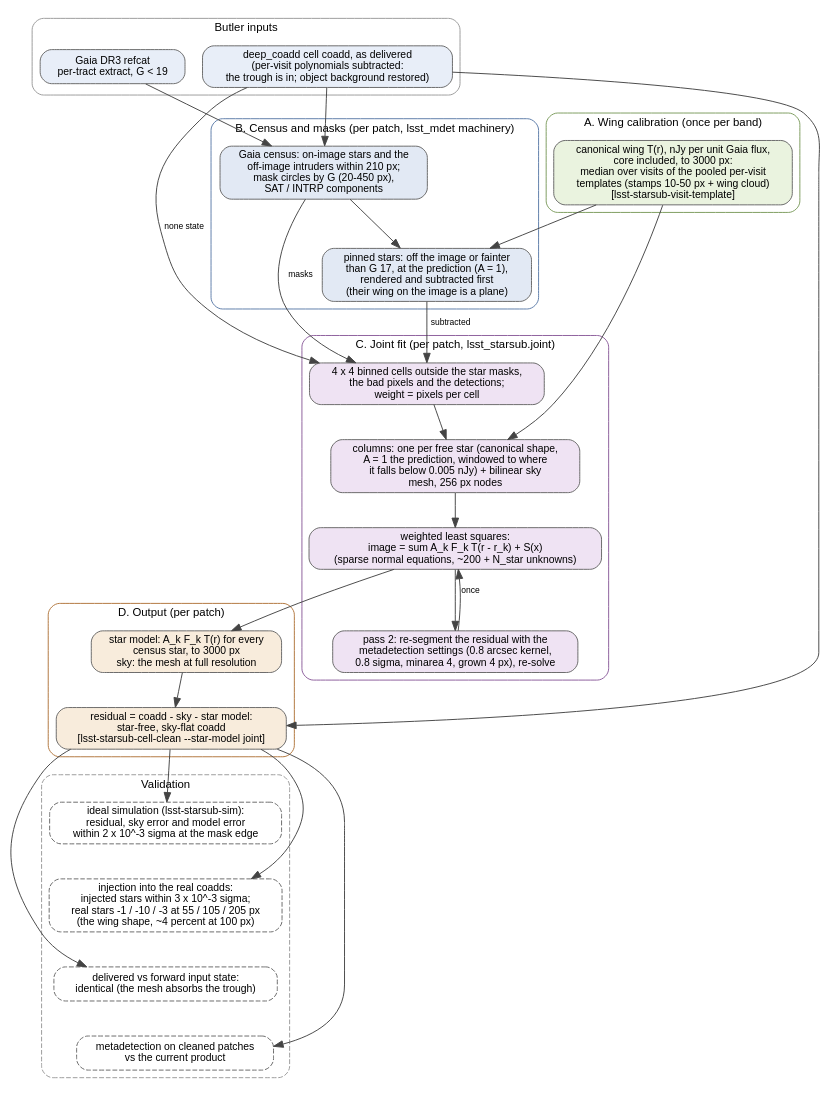
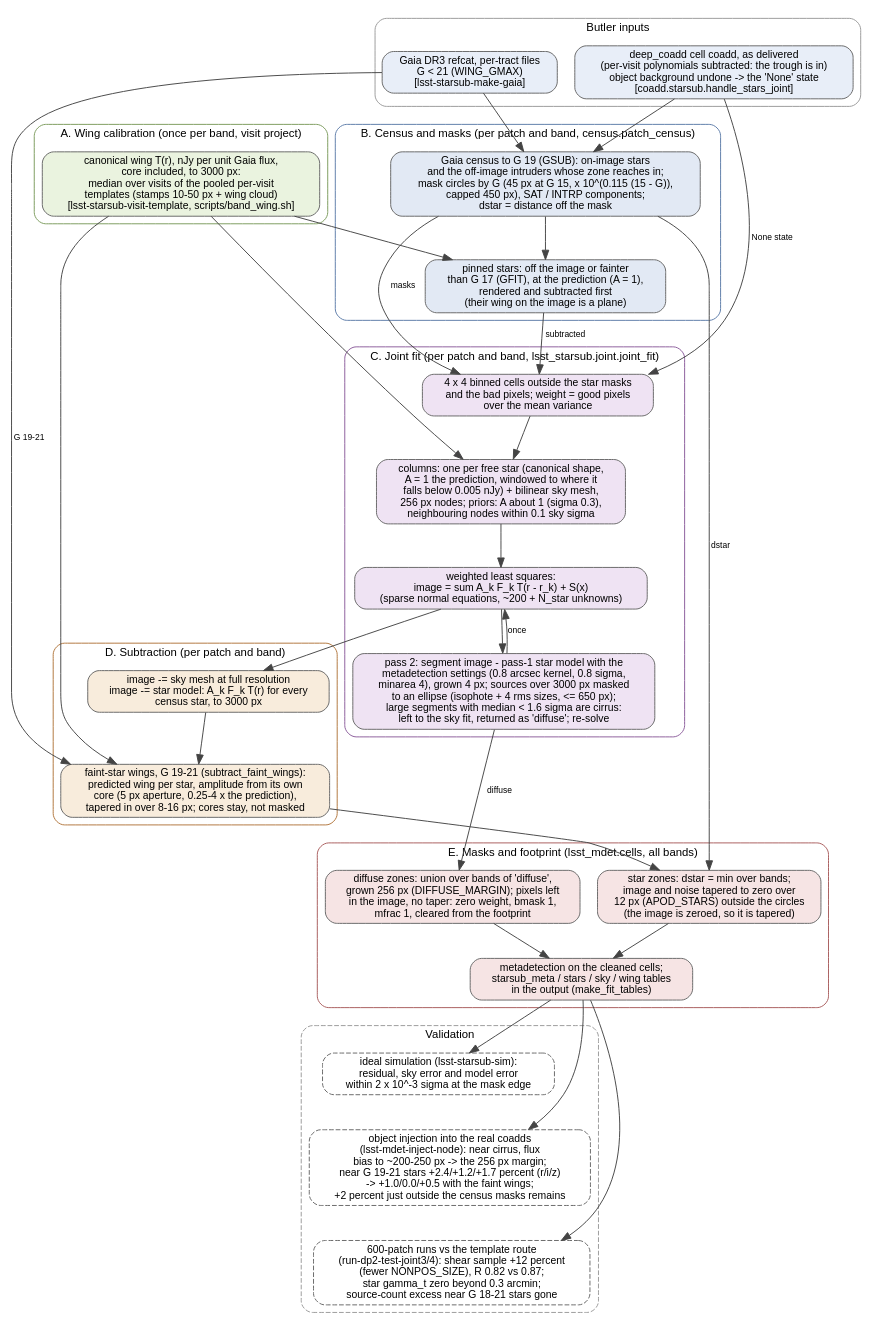
The diagram in docs/flow-joint.dot (esheldon/lsst-starsub), drawn with Graphviz before and after one commit. The commit also changed 3 other files, not shown here.

Commit message:
update flow charts

```diff
--- a/docs/flow-joint.dot
+++ b/docs/flow-joint.dot
@@ -1,103 +1,121 @@
-// the simplified pipeline: delivered coadd, one joint fit of the
-// star amplitudes and the sky, subtract.  No visit-level response
-// (the mesh absorbs the trough; see flow-full-forward.dot for the
-// forward-model pipeline that established that)
+// the production star route: delivered coadd, one joint fit of the
+// star amplitudes and the sky per band, subtract, then the faint
+// stars' wings; lsst_mdet runs it per patch inside the metadetection
+// job (--starsub-method joint).  No visit-level response (the mesh
+// absorbs the trough; see flow-forward-model.dot for the forward model
+// of the visit polynomial that established that)
 // render: dot -Tpdf docs/flow-joint.dot -o flow-joint.pdf
 //         dot -Tpng -Gdpi=110 docs/flow-joint.dot -o flow-joint.png
 digraph starsub_joint {
     rankdir = TB;
     fontname = "Helvetica";
     node [shape=box, style="rounded,filled", fontname="Helvetica",
           fontsize=11, fillcolor="#f4f4f4", color="#666666"];
     edge [fontname="Helvetica", fontsize=9, color="#444444"];
 
     // ------------------------------------------------------------
     subgraph cluster_inputs {
         label = "Butler inputs";
         style = "rounded";
         color = "#999999";
         fontsize = 12;
         node [fillcolor="#e8eef8"];
-        coadd [label="deep_coadd cell coadd, as delivered\n(per-visit polynomials subtracted:\nthe trough is in; object background restored)"];
-        gaia [label="Gaia DR3 refcat\nper-tract extract, G < 19"];
+        coadd [label="deep_coadd cell coadd, as delivered\n(per-visit polynomials subtracted: the trough is in)\nobject background undone -> the 'None' state\n[coadd.starsub.handle_stars_joint]"];
+        gaia [label="Gaia DR3 refcat, per-tract files\nG < 21 (WING_GMAX)\n[lsst-starsub-make-gaia]"];
     }
 
     // ------------------------------------------------------------
     subgraph cluster_tmpl {
-        label = "A. Wing calibration (once per band)";
+        label = "A. Wing calibration (once per band, visit project)";
         style = "rounded";
         color = "#7a9a5a";
         fontsize = 12;
         node [fillcolor="#eaf3df"];
-        canon [label="canonical wing T(r), nJy per unit Gaia flux,\ncore included, to 3000 px:\nmedian over visits of the pooled per-visit\ntemplates (stamps 10-50 px + wing cloud)\n[lsst-starsub-visit-template]"];
+        canon [label="canonical wing T(r), nJy per unit Gaia flux,\ncore included, to 3000 px:\nmedian over visits of the pooled per-visit\ntemplates (stamps 10-50 px + wing cloud)\n[lsst-starsub-visit-template, scripts/band_wing.sh]"];
     }
 
     // ------------------------------------------------------------
     subgraph cluster_prep {
-        label = "B. Census and masks (per patch, lsst_mdet machinery)";
+        label = "B. Census and masks (per patch and band, census.patch_census)";
         style = "rounded";
         color = "#5a7aa8";
         fontsize = 12;
         node [fillcolor="#e2e9f4"];
-        census [label="Gaia census: on-image stars and the\noff-image intruders within 210 px;\nmask circles by G (20-450 px),\nSAT / INTRP components"];
-        pinned [label="pinned stars: off the image or fainter\nthan G 17, at the prediction (A = 1),\nrendered and subtracted first\n(their wing on the image is a plane)"];
+        census [label="Gaia census to G 19 (GSUB): on-image stars\nand the off-image intruders whose zone reaches in;\nmask circles by G (45 px at G 15, x 10^(0.115 (15 - G)),\ncapped 450 px), SAT / INTRP components;\ndstar = distance off the mask"];
+        pinned [label="pinned stars: off the image or fainter\nthan G 17 (GFIT), at the prediction (A = 1),\nrendered and subtracted first\n(their wing on the image is a plane)"];
         census -> pinned;
     }
 
     // ------------------------------------------------------------
     subgraph cluster_joint {
-        label = "C. Joint fit (per patch, lsst_starsub.joint)";
+        label = "C. Joint fit (per patch and band, lsst_starsub.joint.joint_fit)";
         style = "rounded";
         color = "#8a5a9a";
         fontsize = 12;
         node [fillcolor="#efe3f3"];
-        cells [label="4 x 4 binned cells outside the star masks,\nthe bad pixels and the detections;\nweight = pixels per cell"];
-        design [label="columns: one per free star (canonical shape,\nA = 1 the prediction, windowed to where\nit falls below 0.005 nJy) + bilinear sky\nmesh, 256 px nodes"];
+        cells [label="4 x 4 binned cells outside the star masks\nand the bad pixels; weight = good pixels\nover the mean variance"];
+        design [label="columns: one per free star (canonical shape,\nA = 1 the prediction, windowed to where it\nfalls below 0.005 nJy) + bilinear sky mesh,\n256 px nodes; priors: A about 1 (sigma 0.3),\nneighbouring nodes within 0.1 sky sigma"];
         solve [label="weighted least squares:\nimage = sum A_k F_k T(r - r_k) + S(x)\n(sparse normal equations, ~200 + N_star unknowns)"];
-        seg [label="pass 2: re-segment the residual with the\nmetadetection settings (0.8 arcsec kernel,\n0.8 sigma, minarea 4, grown 4 px), re-solve"];
+        seg [label="pass 2: segment image - pass-1 star model with the\nmetadetection settings (0.8 arcsec kernel, 0.8 sigma,\nminarea 4), grown 4 px; sources over 3000 px masked\nto an ellipse (isophote + 4 rms sizes, <= 650 px);\nlarge segments with median < 1.6 sigma are cirrus:\nleft to the sky fit, returned as 'diffuse'; re-solve"];
         cells -> design -> solve -> seg;
         seg -> solve [label="once", constraint=false];
     }
 
     // ------------------------------------------------------------
     subgraph cluster_out {
-        label = "D. Output (per patch)";
+        label = "D. Subtraction (per patch and band)";
         style = "rounded";
         color = "#b0743a";
         fontsize = 12;
         node [fillcolor="#f8ecdc"];
-        model [label="star model: A_k F_k T(r) for every\ncensus star, to 3000 px\nsky: the mesh at full resolution"];
-        resid [label="residual = coadd - sky - star model:\nstar-free, sky-flat coadd\n[lsst-starsub-cell-clean --star-model joint]"];
-        model -> resid;
+        model [label="image -= sky mesh at full resolution\nimage -= star model: A_k F_k T(r) for every\ncensus star, to 3000 px"];
+        faint [label="faint-star wings, G 19-21 (subtract_faint_wings):\npredicted wing per star, amplitude from its own\ncore (5 px aperture, 0.25-4 x the prediction),\ntapered in over 8-16 px; cores stay, not masked"];
+        model -> faint;
+    }
+
+    // ------------------------------------------------------------
+    subgraph cluster_mdet {
+        label = "E. Masks and footprint (lsst_mdet.cells, all bands)";
+        style = "rounded";
+        color = "#a85a5a";
+        fontsize = 12;
+        node [fillcolor="#f6e4e4"];
+        taper [label="star zones: dstar = min over bands;\nimage and noise tapered to zero over\n12 px (APOD_STARS) outside the circles\n(the image is zeroed, so it is tapered)"];
+        diffuse [label="diffuse zones: union over bands of 'diffuse',\ngrown 256 px (DIFFUSE_MARGIN); pixels left\nin the image, no taper: zero weight, bmask 1,\nmfrac 1, cleared from the footprint"];
+        mdet [label="metadetection on the cleaned cells;\nstarsub_meta / stars / sky / wing tables\nin the output (make_fit_tables)"];
+        taper -> mdet;
+        diffuse -> mdet;
     }
 
     // ------------------------------------------------------------
     subgraph cluster_valid {
         label = "Validation";
         style = "rounded,dashed";
         color = "#999999";
         fontsize = 12;
         node [fillcolor="#ffffff", style="rounded,filled,dashed"];
         v1 [label="ideal simulation (lsst-starsub-sim):\nresidual, sky error and model error\nwithin 2 x 10^-3 sigma at the mask edge"];
-        v2 [label="injection into the real coadds:\ninjected stars within 3 x 10^-3 sigma;\nreal stars -1 / -10 / -3 at 55 / 105 / 205 px\n(the wing shape, ~4 percent at 100 px)"];
-        v3 [label="delivered vs forward input state:\nidentical (the mesh absorbs the trough)"];
-        v4 [label="metadetection on cleaned patches\nvs the current product"];
-        v1 -> v2 -> v3 -> v4 [style=invis];
+        v2 [label="object injection into the real coadds\n(lsst-mdet-inject-node): near cirrus, flux\nbias to ~200-250 px -> the 256 px margin;\nnear G 19-21 stars +2.4/+1.2/+1.7 percent (r/i/z)\n-> +1.0/0.0/+0.5 with the faint wings;\n+2 percent just outside the census masks remains"];
+        v3 [label="600-patch runs vs the template route\n(run-dp2-test-joint3/4): shear sample +12 percent\n(fewer NONPOS_SIZE), R 0.82 vs 0.87;\nstar gamma_t zero beyond 0.3 arcmin;\nsource-count excess near G 18-21 stars gone"];
+        v1 -> v2 -> v3 [style=invis];
     }
 
     // ------------------------------------------------------------
     // the data flow
     coadd -> census;
     gaia -> census;
     canon -> pinned;
     canon -> design;
-    coadd -> cells [label="none state"];
+    canon -> faint;
+    gaia -> faint [label="G 19-21"];
+    coadd -> cells [label="None state"];
     pinned -> cells [label="subtracted"];
     census -> cells [label="masks"];
     solve -> model;
-    coadd -> resid;
-    resid -> v1;
-    resid -> v2;
-    resid -> v3;
-    resid -> v4;
+    census -> taper [label="dstar"];
+    seg -> diffuse [label="diffuse"];
+    faint -> taper;
+    mdet -> v1;
+    mdet -> v2;
+    mdet -> v3;
 }
```
